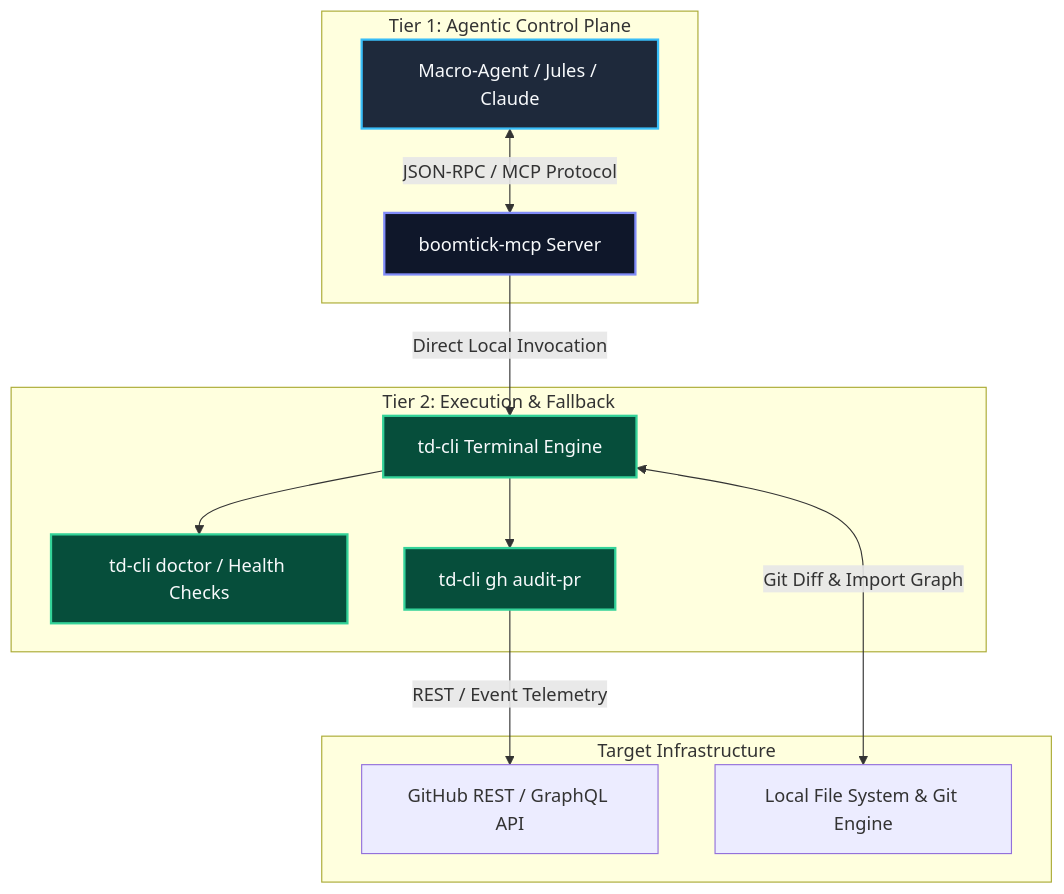
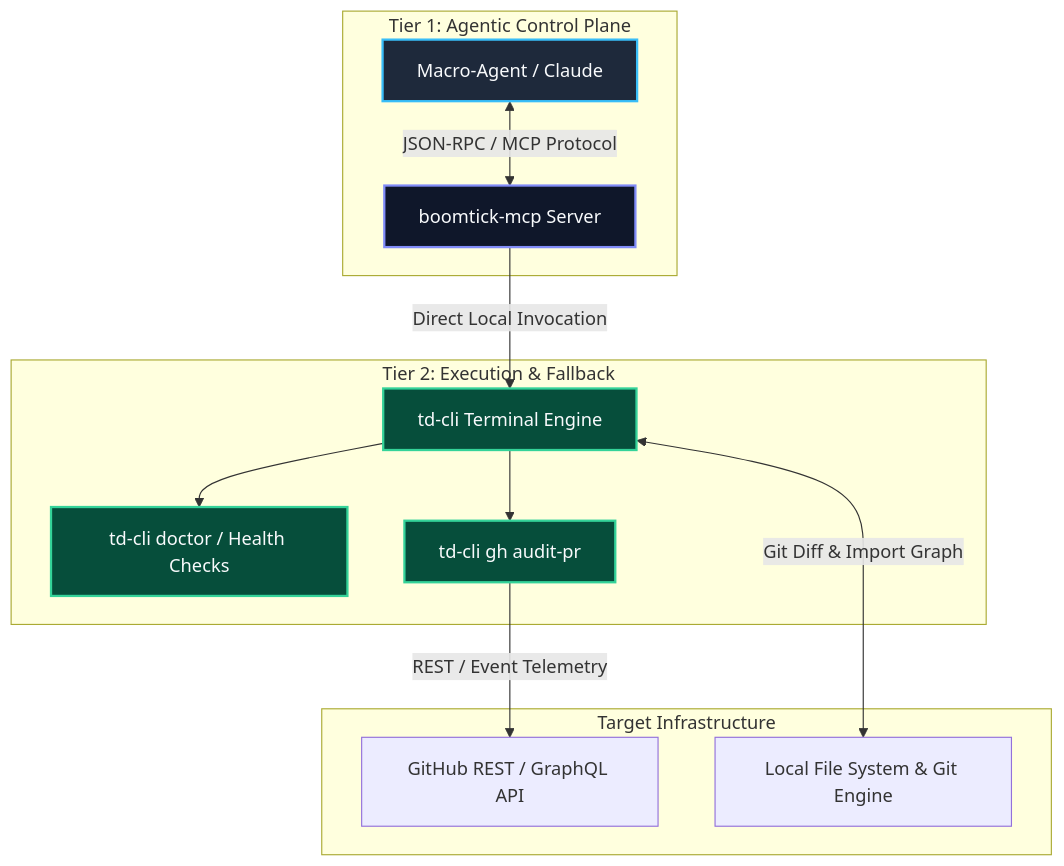
Before and after one commit to arii/portfolio: the diagram in src/content/research/gitops-pr-reviewer.md, drawn with Mermaid. The commit also changed other lines of this file and 24 other files, not shown here.

````diff
--- a/src/content/research/gitops-pr-reviewer.md
+++ b/src/content/research/gitops-pr-reviewer.md
@@ -24,32 +24,32 @@
 ```mermaid
 flowchart TD
     subgraph ControlPlane ["Tier 1: Agentic Control Plane"]
-        Agent[Macro-Agent / Jules / Claude]
+        Agent[Macro-Agent / Claude]
         MCP[boomtick-mcp Server]
         Agent <-->|JSON-RPC / MCP Protocol| MCP
     end
 
     subgraph ExecutionPlane ["Tier 2: Execution & Fallback"]
         CLI[td-cli Terminal Engine]
         Doctor[td-cli doctor / Health Checks]
         Audit[td-cli gh audit-pr]
         MCP -->|Direct Local Invocation| CLI
         CLI --> Doctor
         CLI --> Audit
     end
 
     subgraph ExternalAPIs ["Target Infrastructure"]
         GH[GitHub REST / GraphQL API]
         Repo[Local File System & Git Engine]
         Audit -->|REST / Event Telemetry| GH
         CLI <-->|Git Diff & Import Graph| Repo
     end
 
     classDef agent fill:#1e293b,stroke:#38bdf8,stroke-width:2px,color:#f8fafc;
     classDef mcp fill:#0f172a,stroke:#818cf8,stroke-width:2px,color:#f8fafc;
     classDef cli fill:#064e3b,stroke:#34d399,stroke-width:2px,color:#f8fafc;
 
     class Agent agent;
     class MCP mcp;
     class CLI,Doctor,Audit cli;
 ```
````
